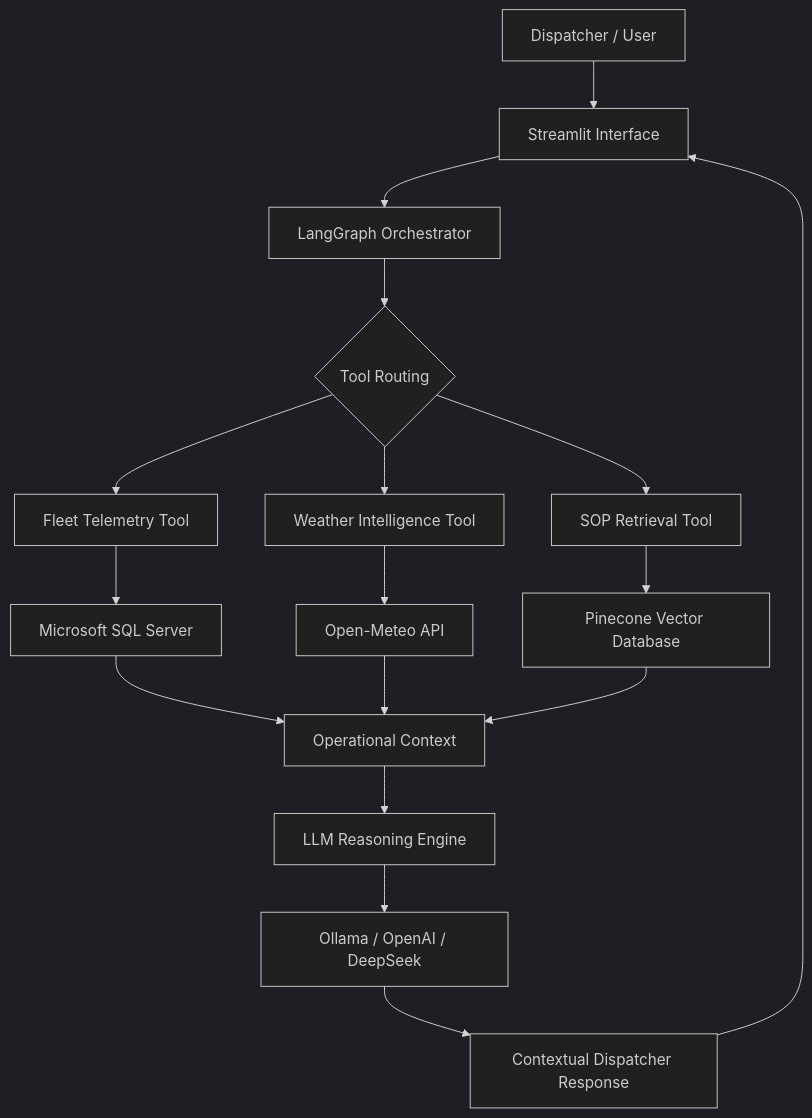
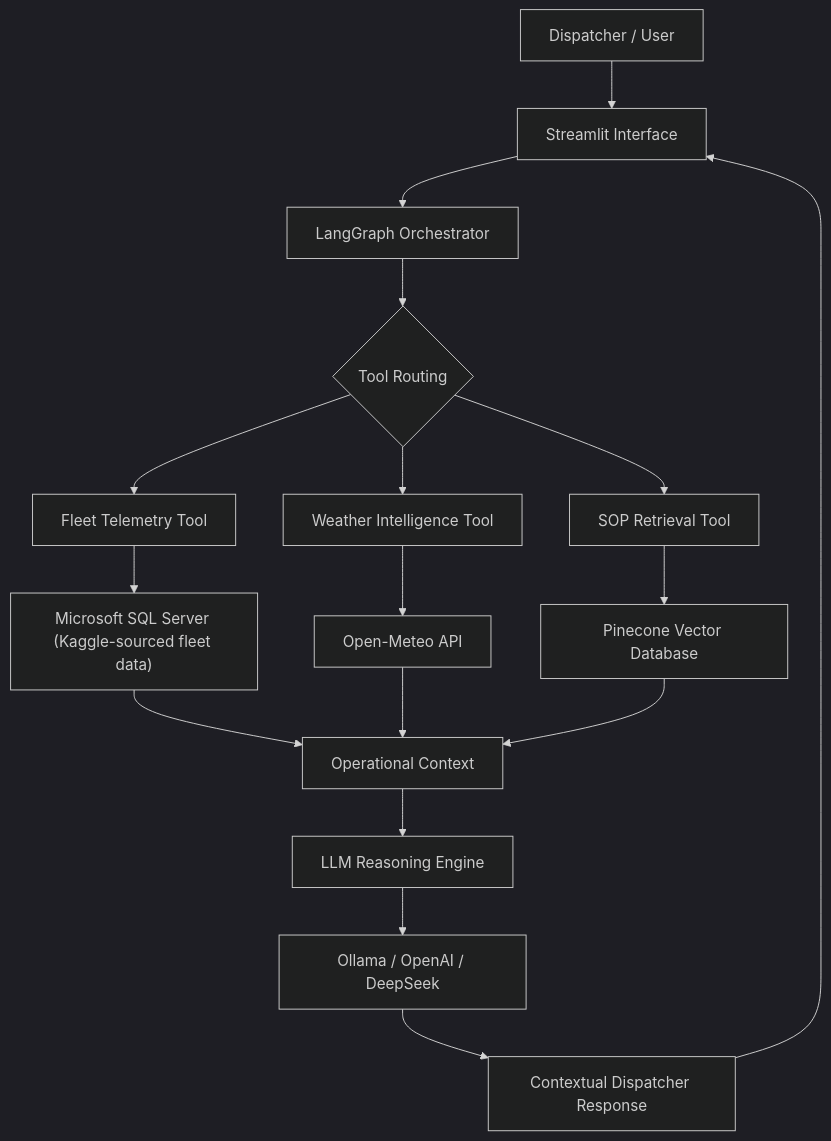
Before and after one commit to akashtcaa2005/FDE-Project---AI-Powered-Cold-Chain-Logistics-Intelligence-Platform: the diagram in README.md, drawn with Mermaid (dark theme). The commit also changed other lines of this file, not shown here.

````diff
--- a/README.md
+++ b/README.md
@@ -170,28 +129,19 @@
 ```mermaid
 flowchart TD
     A["Dispatcher / User"] --> B["Streamlit Interface"]
-
     B --> C["LangGraph Orchestrator"]
-
     C --> D{"Tool Routing"}
-
     D --> E["Fleet Telemetry Tool"]
     D --> F["Weather Intelligence Tool"]
     D --> G["SOP Retrieval Tool"]
-
-    E --> H["Microsoft SQL Server"]
+    E --> H["Microsoft SQL Server (Kaggle-sourced fleet data)"]
     F --> I["Open-Meteo API"]
     G --> J["Pinecone Vector Database"]
-
     H --> K["Operational Context"]
     I --> K
     J --> K
-
     K --> L["LLM Reasoning Engine"]
-
     L --> M["Ollama / OpenAI / DeepSeek"]
-
     M --> N["Contextual Dispatcher Response"]
-
     N --> B
 ```
````
